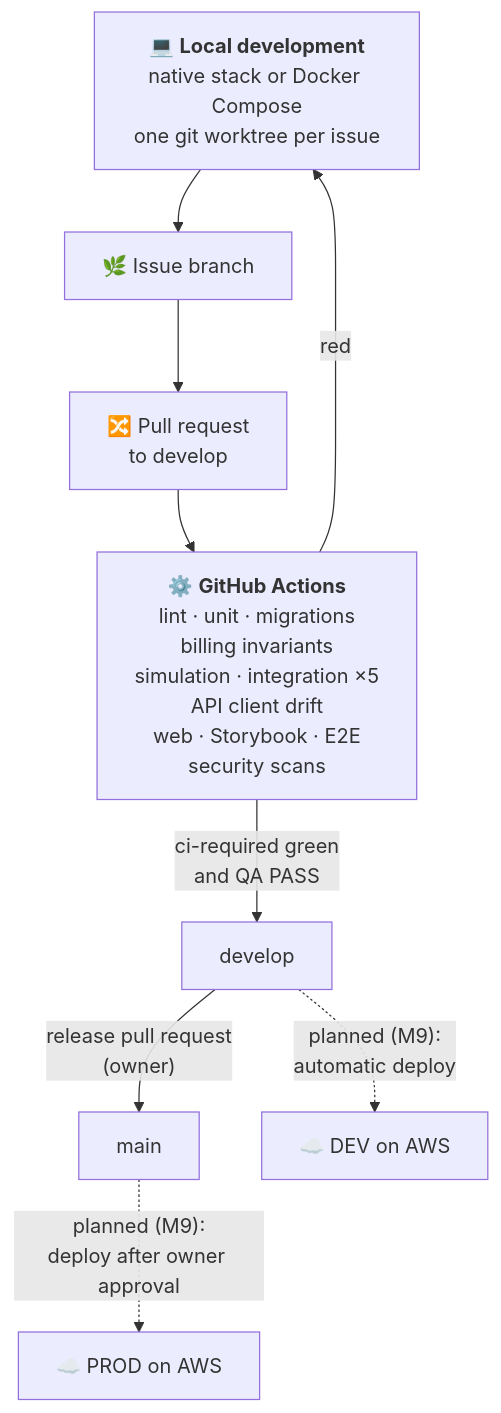
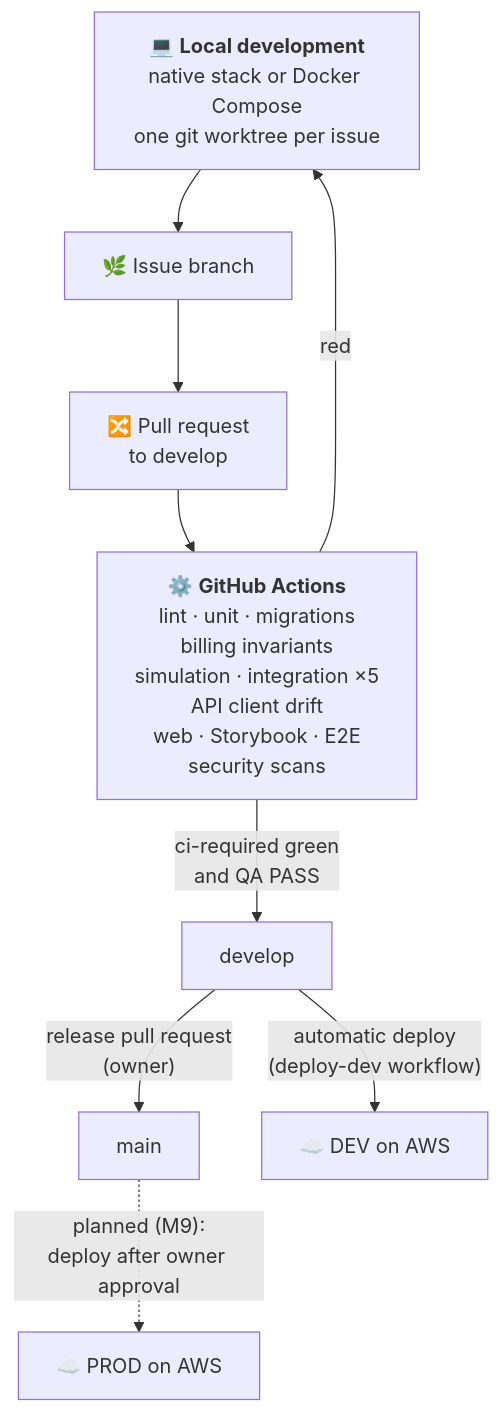
One commit to JaimeSolisS/classora changed the second of 4 diagrams in README.md. Above: the diagram before and after it, drawn with Mermaid. The commit also changed other lines of this file and 6 other files, not shown here.

First line of the commit message:
M9-07: deploy runbook, process, architecture and README for DEV deploys

````diff
--- a/README.md
+++ b/README.md
@@ -1333,18 +1333,18 @@
 ```mermaid
 flowchart TB
   local["💻 <b>Local development</b><br/>native stack or Docker Compose<br/>one git worktree per issue"]
   branch["🌿 Issue branch"]
   pr["🔀 Pull request<br/>to develop"]
   ci["⚙️ <b>GitHub Actions</b><br/>lint · unit · migrations<br/>billing invariants<br/>simulation · integration ×5<br/>API client drift<br/>web · Storybook · E2E<br/>security scans"]
   develop["develop"]
   main["main"]
   devenv["☁️ DEV on AWS"]
   prodenv["☁️ PROD on AWS"]
 
   local --> branch --> pr --> ci
   ci -->|"ci-required green<br/>and QA PASS"| develop
   ci -->|red| local
   develop -->|"release pull request<br/>(owner)"| main
-  develop -.->|"planned (M9):<br/>automatic deploy"| devenv
+  develop -->|"automatic deploy<br/>(deploy-dev workflow)"| devenv
   main -.->|"planned (M9):<br/>deploy after owner approval"| prodenv
 ```
````
